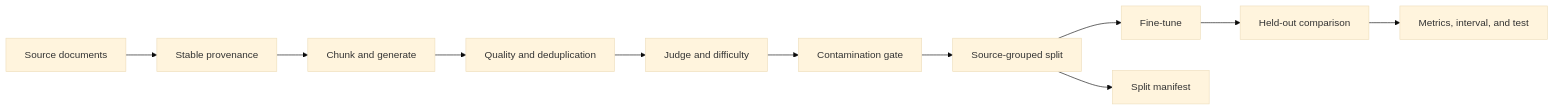
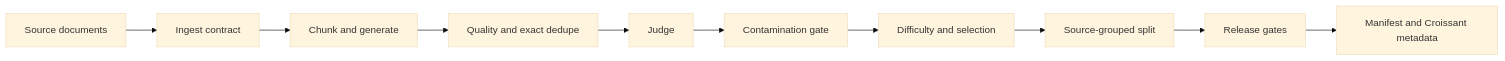
Before and after one commit to pugalenthi0928/training-data-factory: the diagram in README.md, drawn with Mermaid (base theme). The commit also changed other lines of this file and 16 other files, not shown here.

````diff
--- a/README.md
+++ b/README.md
@@ -38,13 +40,12 @@
 ```mermaid
 flowchart LR
-    A[Source documents] --> B[Stable provenance]
+    A[Source documents] --> B[Ingest contract]
     B --> C[Chunk and generate]
-    C --> D[Quality and deduplication]
-    D --> E[Judge and difficulty]
+    C --> D[Quality and exact dedupe]
+    D --> E[Judge]
     E --> F[Contamination gate]
-    F --> G[Source-grouped split]
-    G --> H[Fine-tune]
-    H --> I[Held-out comparison]
-    G --> J[Split manifest]
-    I --> K[Metrics, interval, and test]
+    F --> G[Difficulty and selection]
+    G --> H[Source-grouped split]
+    H --> I[Release gates]
+    I --> J[Manifest and Croissant metadata]
 ```
````
